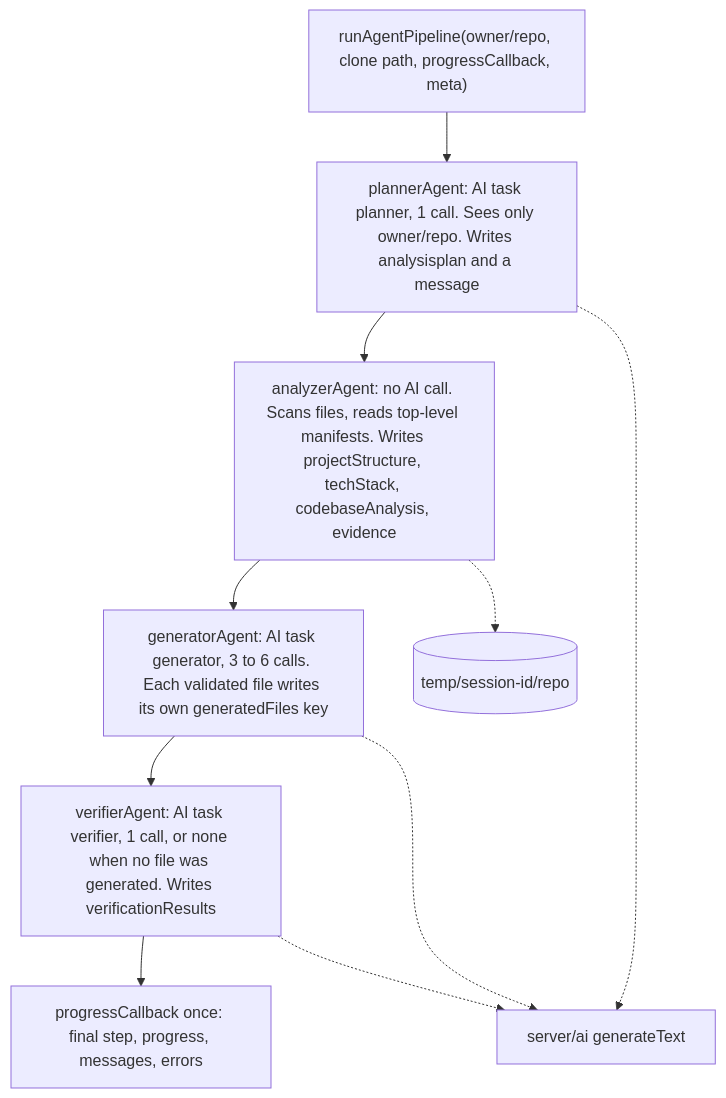
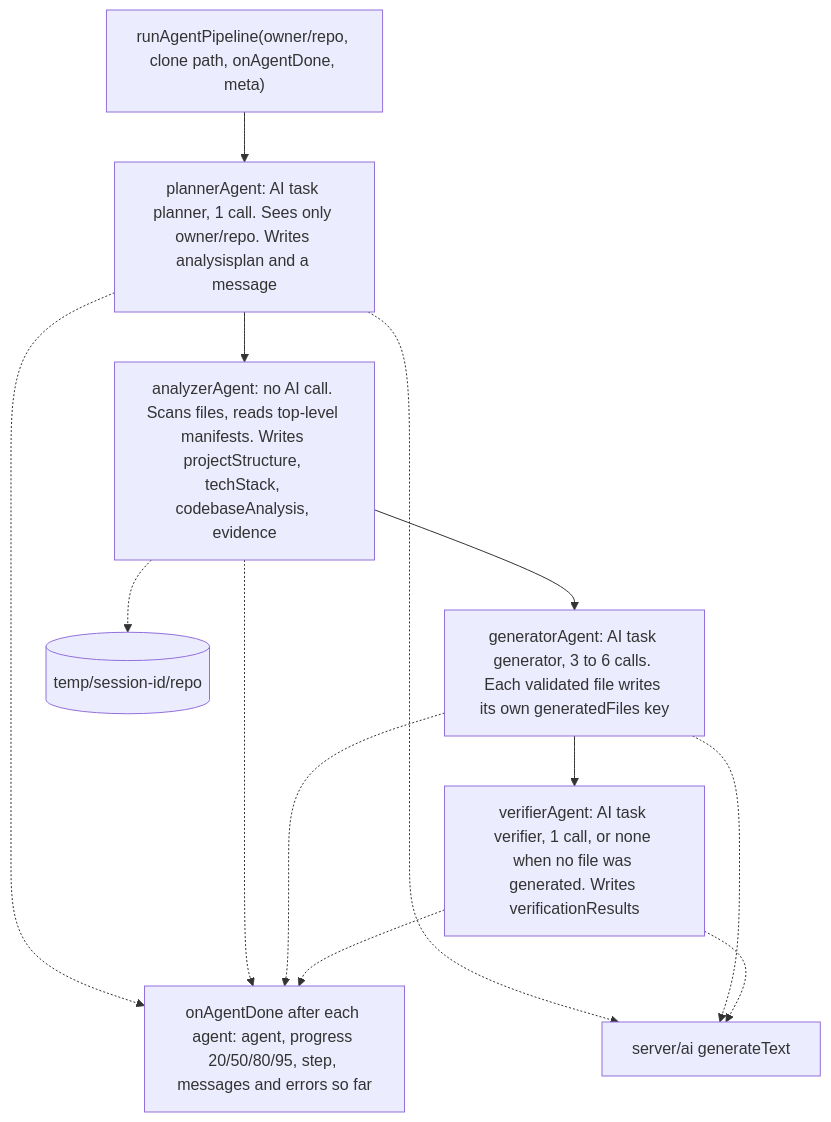
Before and after one commit to bipul724/InfraMind: the first of 3 diagrams in README-AI-AGENTS.md, drawn with Mermaid. The commit also changed other lines of this file and 34 other files, not shown here.

First line of the commit message:
feat(analysis): background jobs with 202, atomic claim, per-agent progress

````diff
--- a/README-AI-AGENTS.md
+++ b/README-AI-AGENTS.md
@@ -18,17 +18,21 @@
 ```mermaid
 flowchart TD
-    Start["runAgentPipeline(owner/repo, clone path, progressCallback, meta)"]
+    Start["runAgentPipeline(owner/repo, clone path, onAgentDone, meta)"]
     Planner["plannerAgent: AI task planner, 1 call. Sees only owner/repo. Writes analysisplan and a message"]
     Analyzer["analyzerAgent: no AI call. Scans files, reads top-level manifests. Writes projectStructure, techStack, codebaseAnalysis, evidence"]
     Generator["generatorAgent: AI task generator, 3 to 6 calls. Each validated file writes its own generatedFiles key"]
     Verifier["verifierAgent: AI task verifier, 1 call, or none when no file was generated. Writes verificationResults"]
-    Report["progressCallback once: final step, progress, messages, errors"]
+    Report["onAgentDone after each agent: agent, progress 20/50/80/95, step, messages and errors so far"]
     AI["server/ai generateText"]
     Files[("temp/session-id/repo")]
 
-    Start --> Planner --> Analyzer --> Generator --> Verifier --> Report
+    Start --> Planner --> Analyzer --> Generator --> Verifier
+    Planner -.-> Report
+    Analyzer -.-> Report
+    Generator -.-> Report
+    Verifier -.-> Report
     Planner -.-> AI
     Generator -.-> AI
     Verifier -.-> AI
     Analyzer -.-> Files
 ```
````
